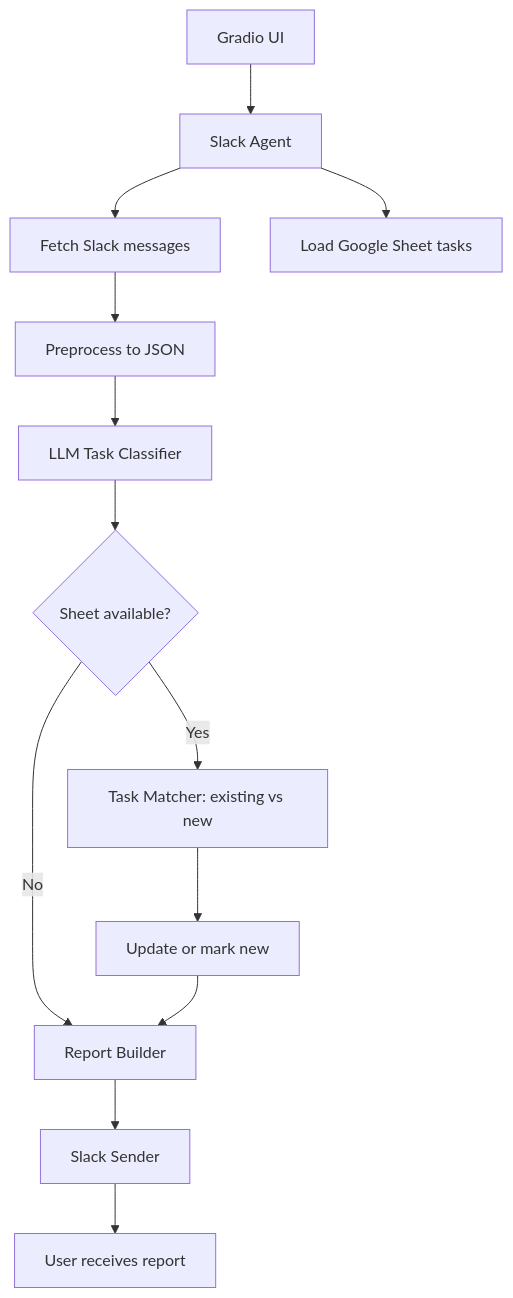
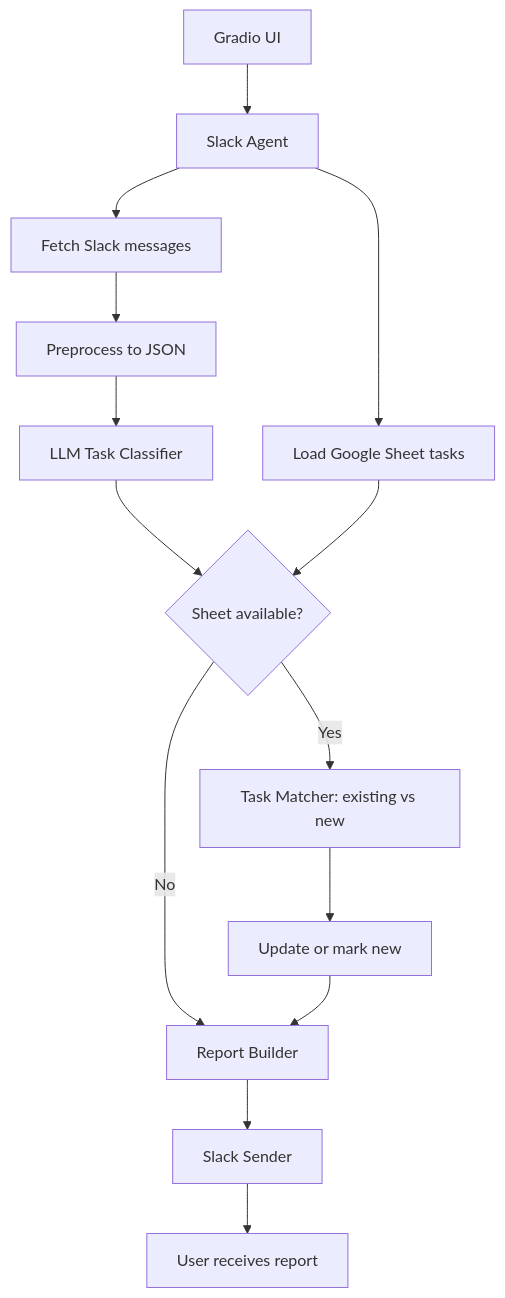
The diagram in README.md (FantingHeish/Slack-based-Task-Automation-Agent), drawn with Mermaid before and after one commit.

````diff
--- a/README.md
+++ b/README.md
@@ -21,19 +21,27 @@
 ```mermaid
 flowchart TD
     A["Gradio UI"] --> B["Slack Agent"]
+
+    %% Slack 處理路徑
     B --> C["Fetch Slack messages"]
     C --> D["Preprocess to JSON"]
     D --> E["LLM Task Classifier"]
+
+    %% Google Sheet 並行路徑
     B --> S["Load Google Sheet tasks"]
 
+    %% 匯流點
     E --> F{"Sheet available?"}
+    S --> F
+
+    %% Decision 分支
     F -- Yes --> G["Task Matcher: existing vs new"]
     F -- No --> R["Report Builder: unmatched only"]
 
+    %% 後續流程
     G --> H["Update or mark new"]
     H --> R["Report Builder"]
-
     R --> U["Slack Sender"]
     U --> V["User receives report"]
 
  ```
````
